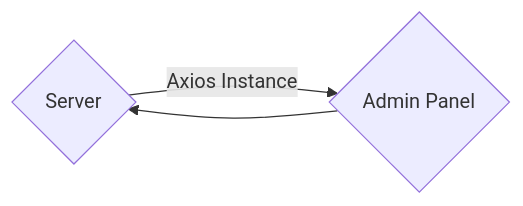
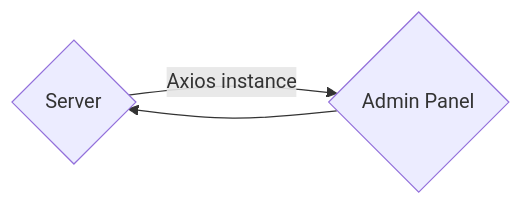
One commit to strapi/documentation changed the diagram in docusaurus/docs/dev-docs/plugins/development/create-a-plugin.md. Above: the diagram before and after it, drawn with Mermaid. The commit also changed 5 other files, not shown here.

````diff
--- a/docusaurus/docs/dev-docs/plugins/development/create-a-plugin.md
+++ b/docusaurus/docs/dev-docs/plugins/development/create-a-plugin.md
@@ -257,5 +257,5 @@
 ```mermaid
 graph LR
-    A{Server} -->|Axios Instance| B{Admin Panel}
+    A{Server} -->|Axios instance| B{Admin Panel}
     B --> A
 ```
````
